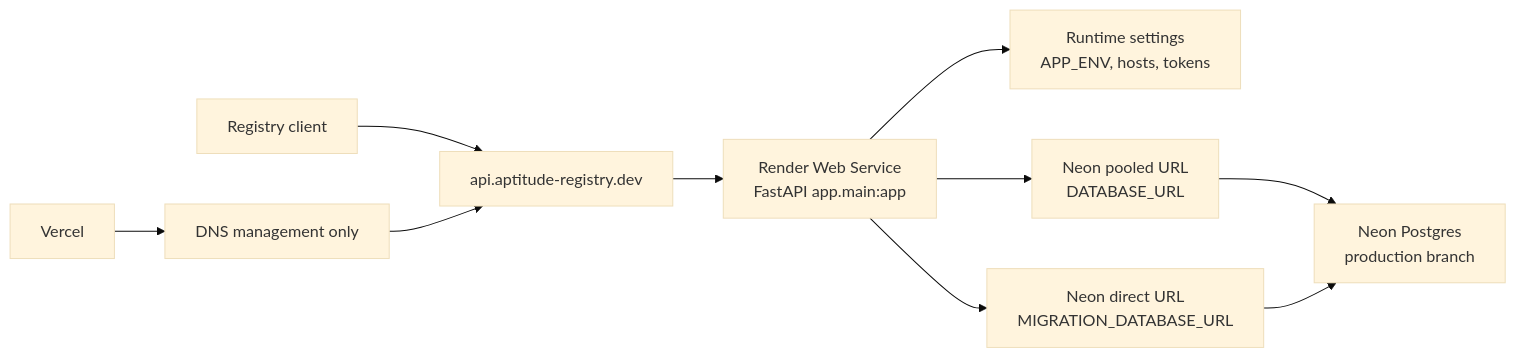
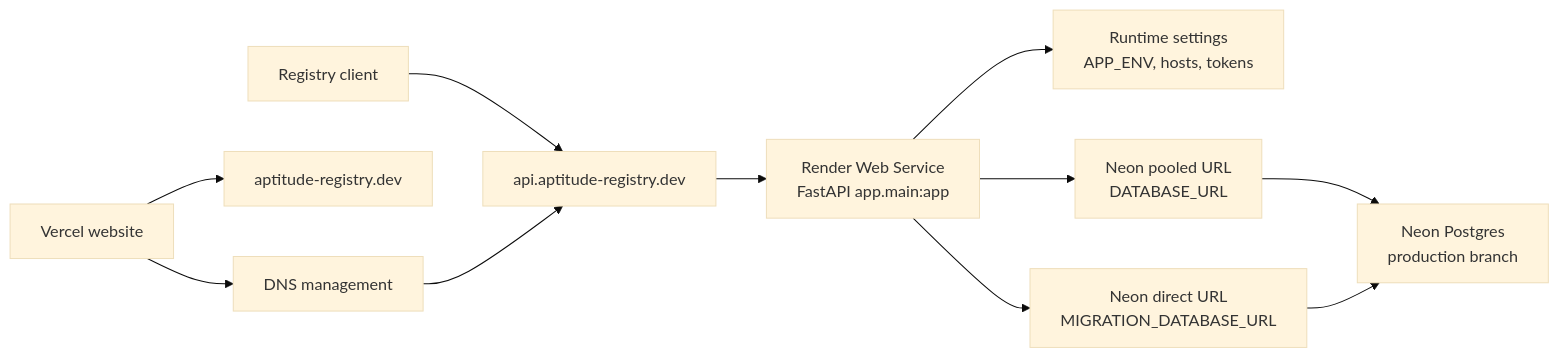
Before and after one commit to aptitude-stack/registery: the diagram in docs/architecture/render-neon-deployment.md, drawn with Mermaid (base theme). The commit also changed other lines of this file and 1 other file, not shown here.

````diff
--- a/docs/architecture/render-neon-deployment.md
+++ b/docs/architecture/render-neon-deployment.md
@@ -11,12 +11,13 @@
 ```mermaid
 flowchart LR
     Client["Registry client"] --> DNS["api.aptitude-registry.dev"]
     DNS --> Render["Render Web Service<br/>FastAPI app.main:app"]
     Render --> Settings["Runtime settings<br/>APP_ENV, hosts, tokens"]
     Render --> RuntimeDB["Neon pooled URL<br/>DATABASE_URL"]
     Render --> MigrationDB["Neon direct URL<br/>MIGRATION_DATABASE_URL"]
     RuntimeDB --> Neon["Neon Postgres<br/>production branch"]
     MigrationDB --> Neon
-    Vercel["Vercel"] --> DNSMgmt["DNS management only"]
+    Vercel["Vercel website"] --> Site["aptitude-registry.dev"]
+    Vercel --> DNSMgmt["DNS management"]
     DNSMgmt --> DNS
 ```
````
